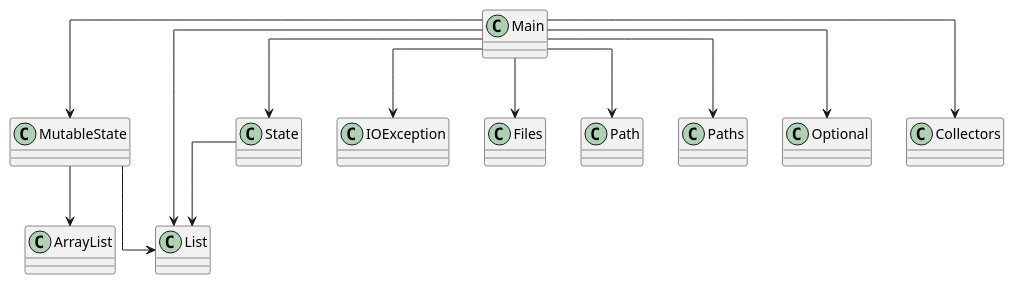
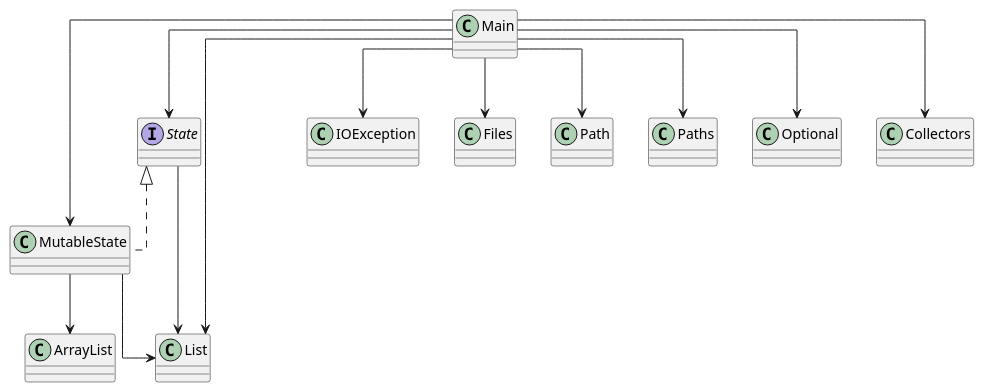
One commit to SirMathhman/Magma changed the diagram in diagram.puml. Above: the diagram before and after it, drawn with PlantUML. The commit also changed 3 other files, not shown here.

```diff
--- a/diagram.puml
+++ b/diagram.puml
@@ -1,18 +1,21 @@
 @startuml
 skinparam linetype ortho
 class MutableState
 MutableState --> ArrayList
 MutableState --> List
+ class MutableState implements State
 class Main
 Main --> MutableState
 Main --> State
 Main --> IOException
 Main --> Files
 Main --> Path
 Main --> Paths
 Main --> List
 Main --> Optional
 Main --> Collectors
+ class Main
 class State
 State --> List
+ interface State
 @enduml
```
